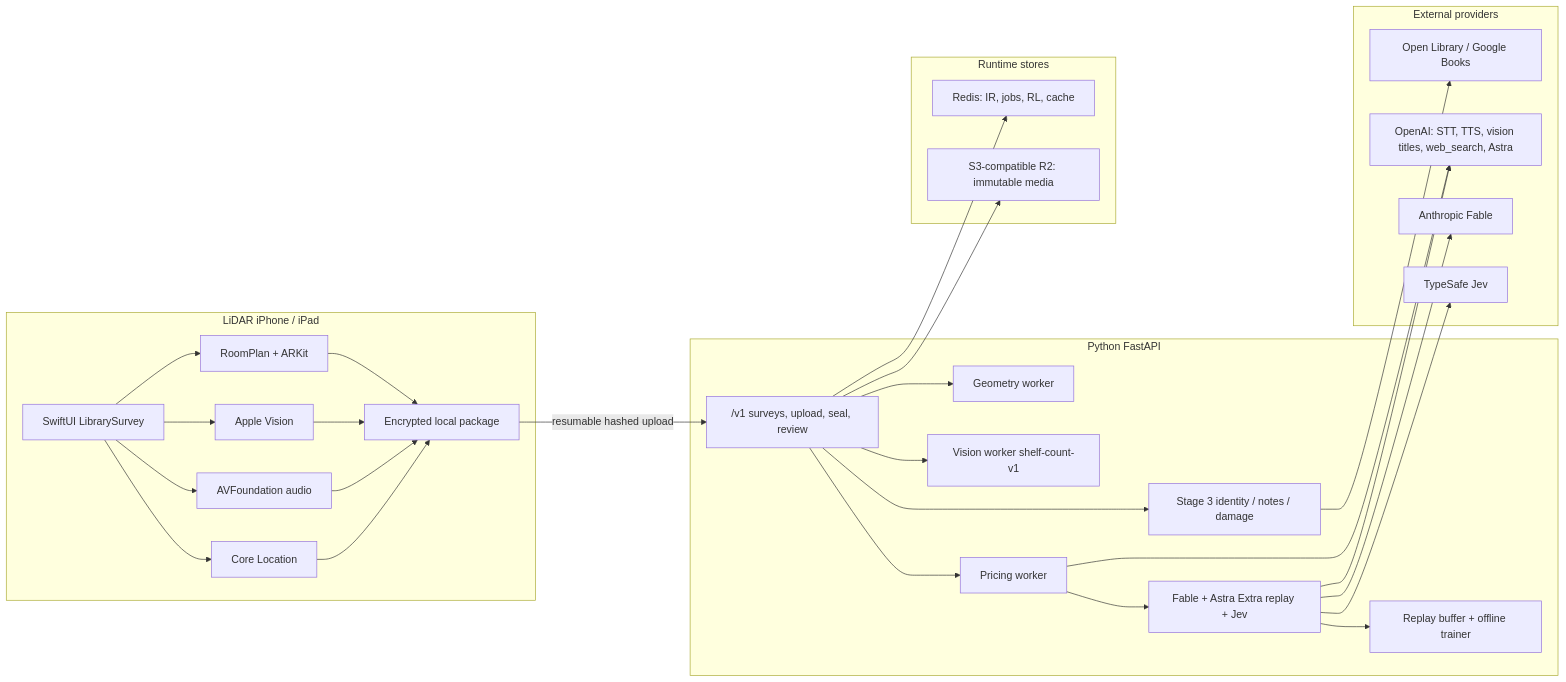
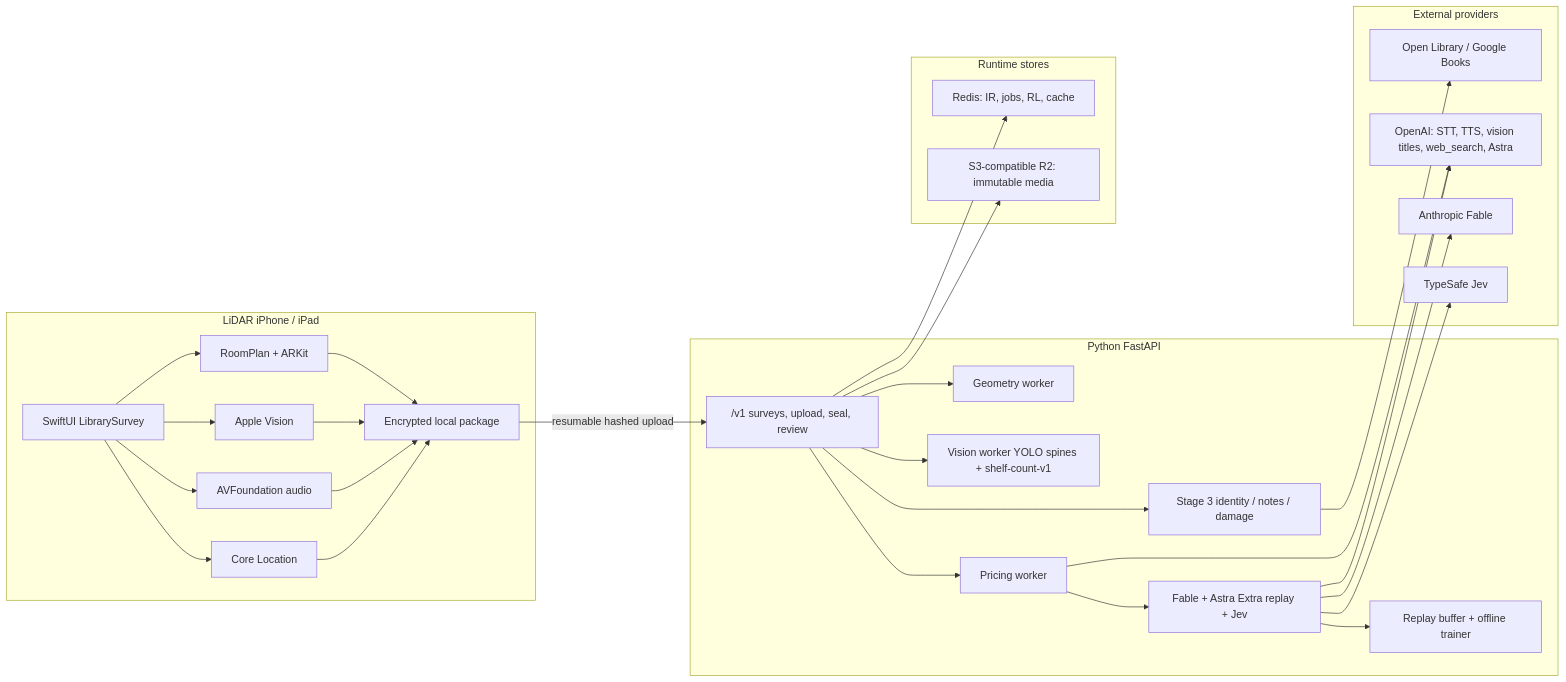
One commit to harshsinha-12/library-estimate changed the first of 16 diagrams in README.md. Above: the diagram before and after it, drawn with Mermaid. The commit also changed other lines of this file and 11 other files, not shown here.

First line of the commit message:
Add YOLO11 spine segmentation into the Fable/Astra/Jev flow

````diff
--- a/README.md
+++ b/README.md
@@ -202,56 +202,56 @@
 ```mermaid
 flowchart LR
   subgraph Device["LiDAR iPhone / iPad"]
     APP["SwiftUI LibrarySurvey"]
     RP["RoomPlan + ARKit"]
     VN["Apple Vision"]
     AV["AVFoundation audio"]
     CL["Core Location"]
     PKG["Encrypted local package"]
     APP --> RP
     APP --> VN
     APP --> AV
     APP --> CL
     RP --> PKG
     VN --> PKG
     AV --> PKG
     CL --> PKG
   end
 
   subgraph Backend["Python FastAPI"]
     API["/v1 surveys, upload, seal, review"]
     GEO["Geometry worker"]
-    CV["Vision worker shelf-count-v1"]
+    CV["Vision worker YOLO spines + shelf-count-v1"]
     S3W["Stage 3 identity / notes / damage"]
     PRICE["Pricing worker"]
     MOD["Fable + Astra Extra replay + Jev"]
     RL["Replay buffer + offline trainer"]
     API --> GEO
     API --> CV
     API --> S3W
     API --> PRICE
     PRICE --> MOD
     MOD --> RL
   end
 
   subgraph Stores["Runtime stores"]
     REDIS["Redis: IR, jobs, RL, cache"]
     R2["S3-compatible R2: immutable media"]
   end
 
   subgraph Providers["External providers"]
     OL["Open Library / Google Books"]
     OAI["OpenAI: STT, TTS, vision titles, web_search, Astra"]
     ANT["Anthropic Fable"]
     JEV["TypeSafe Jev"]
   end
 
   PKG -->|"resumable hashed upload"| API
   API --> REDIS
   API --> R2
   S3W --> OL
   PRICE --> OAI
   MOD --> ANT
   MOD --> OAI
   MOD --> JEV
 ```
````
